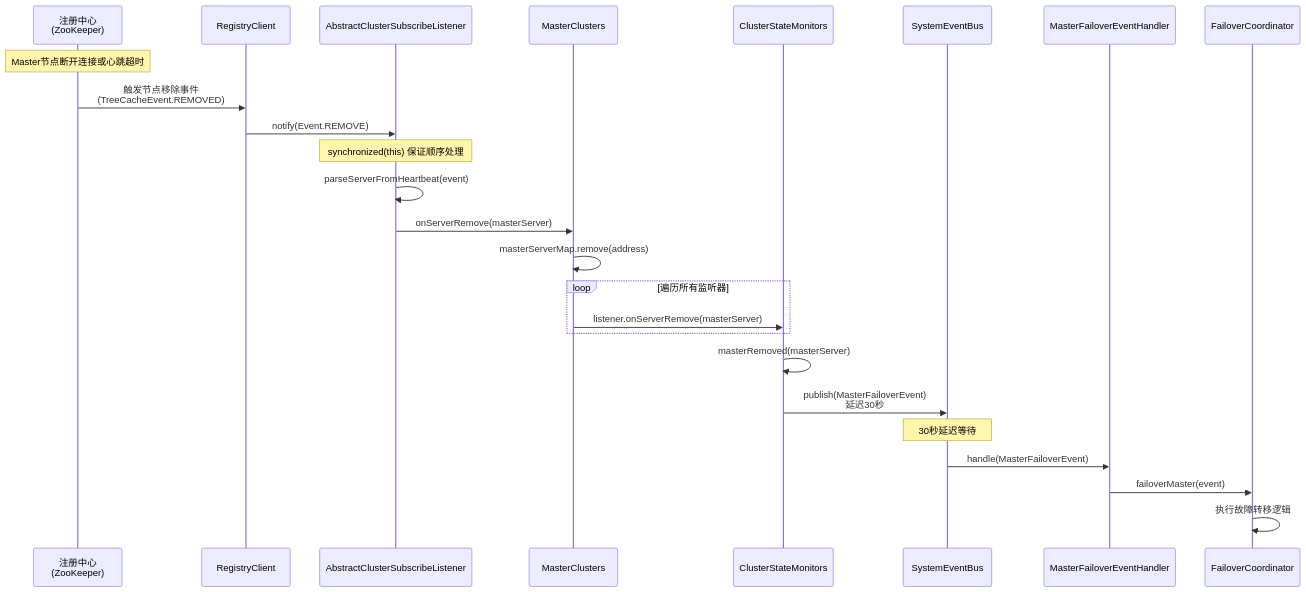
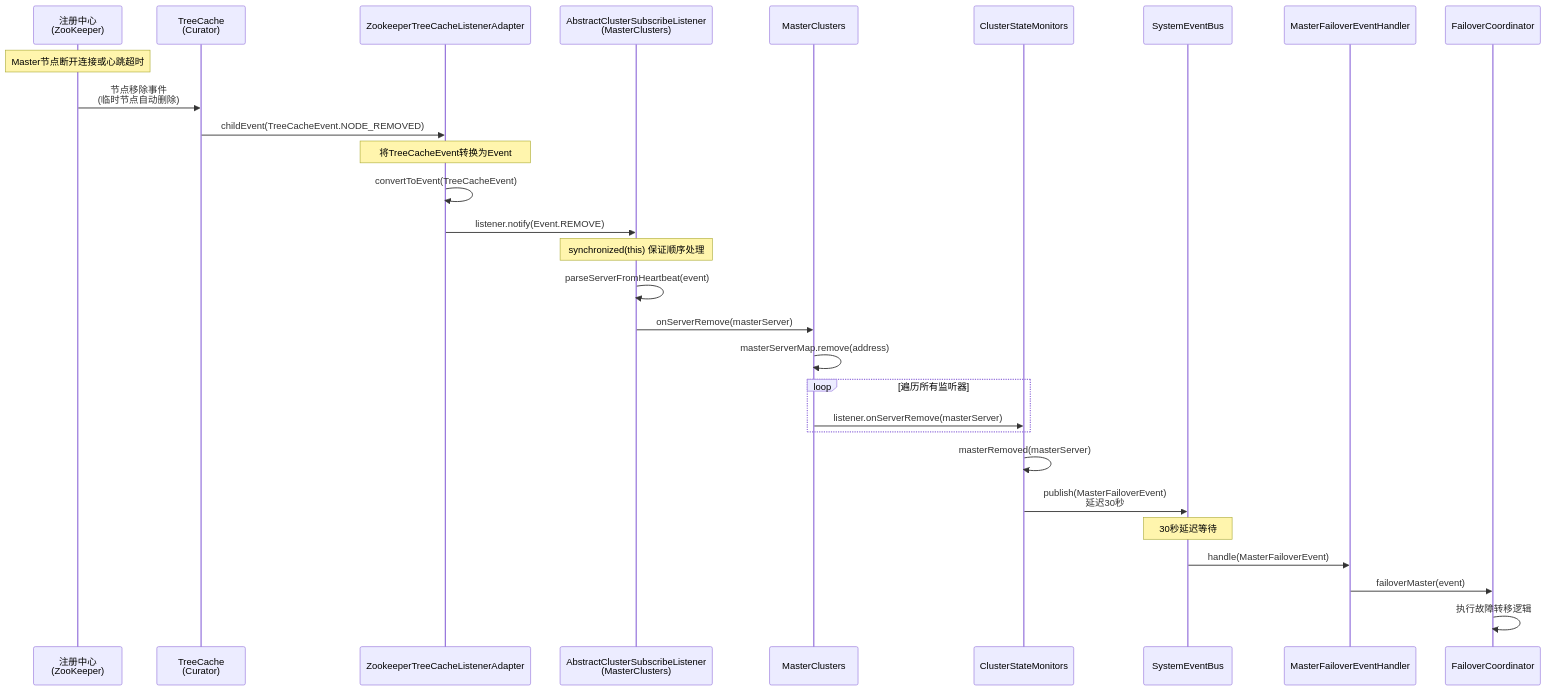
Before and after one commit to vanchan5/dolphinscheduler: the first of 5 diagrams in dolphinscheduler-master/analyze/master启动/7-服务故障转移管理/服务故障转移.md, drawn with Mermaid. The commit also changed other lines of this file, not shown here.

````diff
--- a/dolphinscheduler-master/analyze/master启动/7-服务故障转移管理/服务故障转移.md
+++ b/dolphinscheduler-master/analyze/master启动/7-服务故障转移管理/服务故障转移.md
@@ -120,32 +120,37 @@
 ```mermaid
 sequenceDiagram
     participant ZK as 注册中心<br/>(ZooKeeper)
-    participant RC as RegistryClient
-    participant ACSL as AbstractClusterSubscribeListener
+    participant TC as TreeCache<br/>(Curator)
+    participant ZTCLA as ZookeeperTreeCacheListenerAdapter
+    participant ACSL as AbstractClusterSubscribeListener<br/>(MasterClusters)
     participant MC as MasterClusters
     participant CSM as ClusterStateMonitors
     participant SEB as SystemEventBus
     participant MFH as MasterFailoverEventHandler
     participant FC as FailoverCoordinator
 
     Note over ZK: Master节点断开连接或心跳超时
-    ZK->>RC: 触发节点移除事件<br/>(TreeCacheEvent.REMOVED)
-    RC->>ACSL: notify(Event.REMOVE)
+    ZK->>TC: 节点移除事件<br/>(临时节点自动删除)
+    TC->>ZTCLA: childEvent(TreeCacheEvent.NODE_REMOVED)
+    
+    Note over ZTCLA: 将TreeCacheEvent转换为Event
+    ZTCLA->>ZTCLA: convertToEvent(TreeCacheEvent)
+    ZTCLA->>ACSL: listener.notify(Event.REMOVE)
     
     Note over ACSL: synchronized(this) 保证顺序处理
     ACSL->>ACSL: parseServerFromHeartbeat(event)
     ACSL->>MC: onServerRemove(masterServer)
     
     MC->>MC: masterServerMap.remove(address)
     loop 遍历所有监听器
         MC->>CSM: listener.onServerRemove(masterServer)
     end
     
     CSM->>CSM: masterRemoved(masterServer)
     CSM->>SEB: publish(MasterFailoverEvent)<br/>延迟30秒
     
     Note over SEB: 30秒延迟等待
     SEB->>MFH: handle(MasterFailoverEvent)
     MFH->>FC: failoverMaster(event)
     FC->>FC: 执行故障转移逻辑
 ```
````
